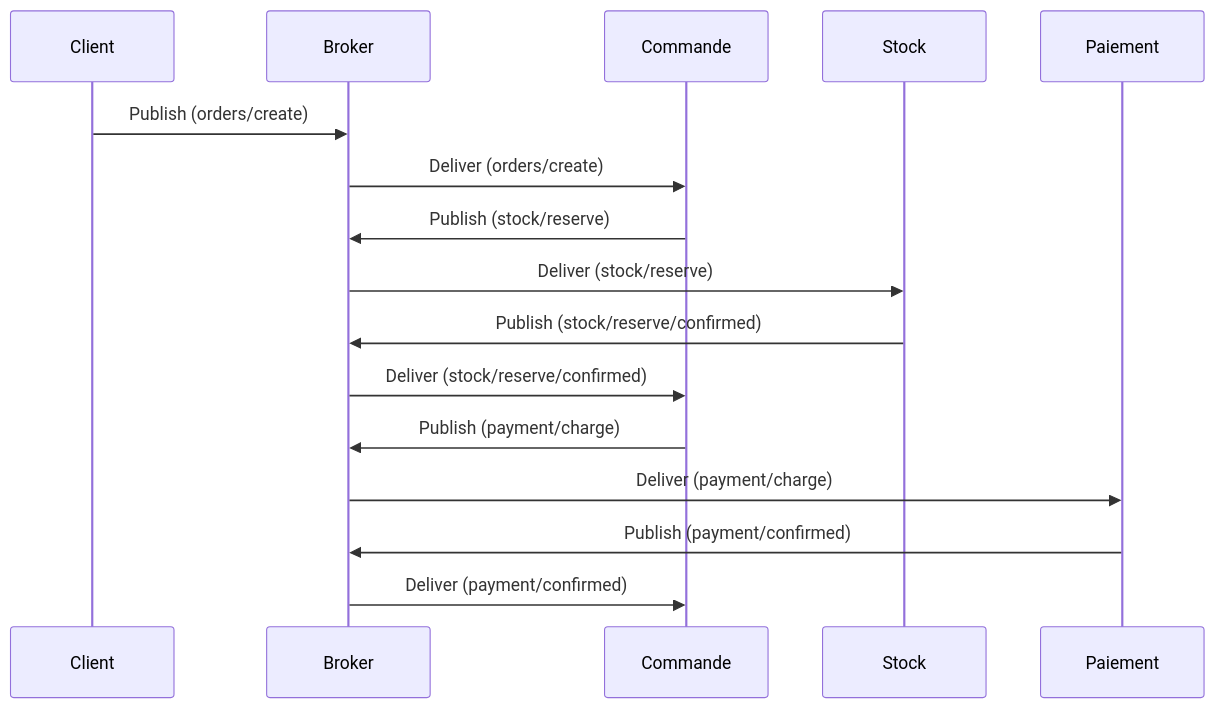
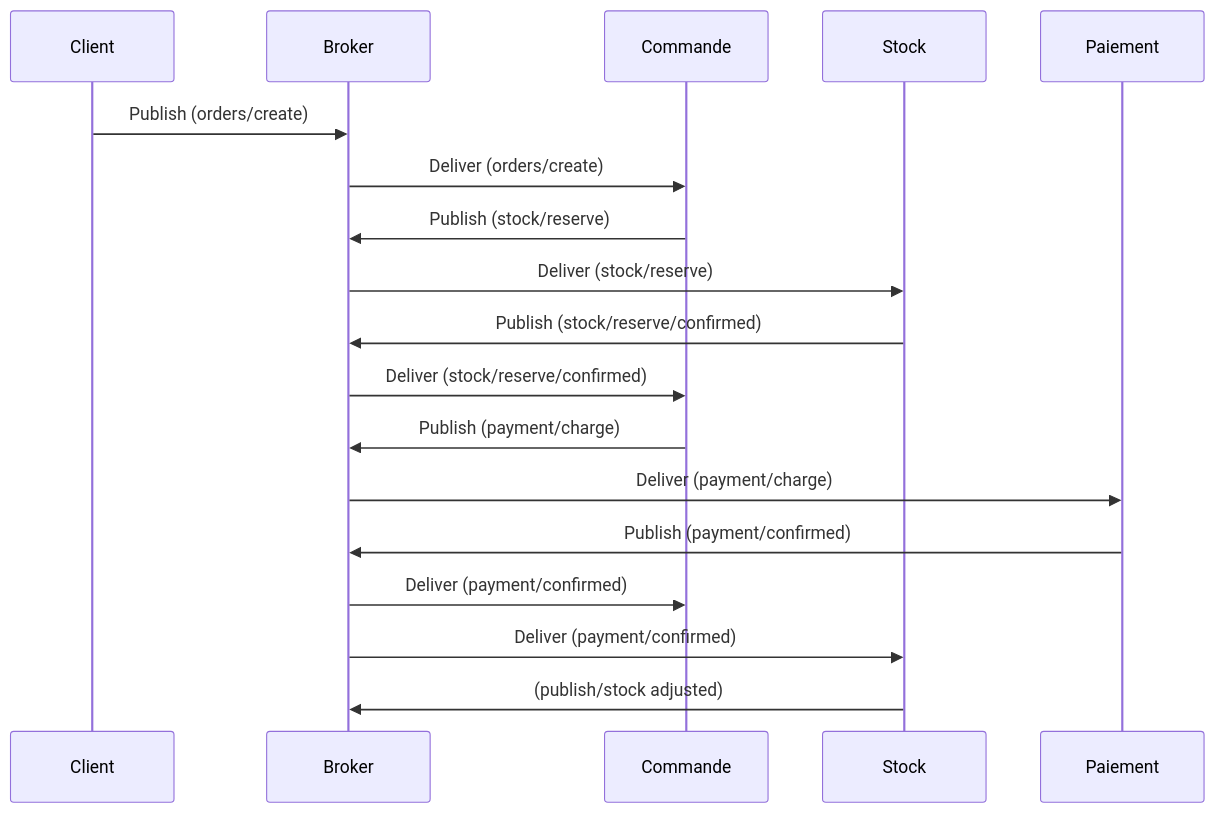
One commit to XCarrel/321-Prog_distrib changed the diagram in supports/transaction.md. Above: the diagram before and after it, drawn with Mermaid. The commit also changed other lines of this file, not shown here.

````diff
--- a/supports/transaction.md
+++ b/supports/transaction.md
@@ -168,18 +62,20 @@
 ```mermaid
 sequenceDiagram
     participant Client
     participant Broker
     participant Commande
     participant Stock
     participant Paiement
     Client ->> Broker: Publish (orders/create)
     Broker ->> Commande: Deliver (orders/create)
     Commande ->> Broker: Publish (stock/reserve)
     Broker ->> Stock: Deliver (stock/reserve)
     Stock ->> Broker: Publish (stock/reserve/confirmed)
     Broker ->> Commande: Deliver (stock/reserve/confirmed)
     Commande ->> Broker: Publish (payment/charge)
     Broker ->> Paiement: Deliver (payment/charge)
     Paiement ->> Broker: Publish (payment/confirmed)
     Broker ->> Commande: Deliver (payment/confirmed)
+    Broker ->> Stock: Deliver (payment/confirmed)
+    Stock ->> Broker: (publish/stock adjusted)
 ```
````
